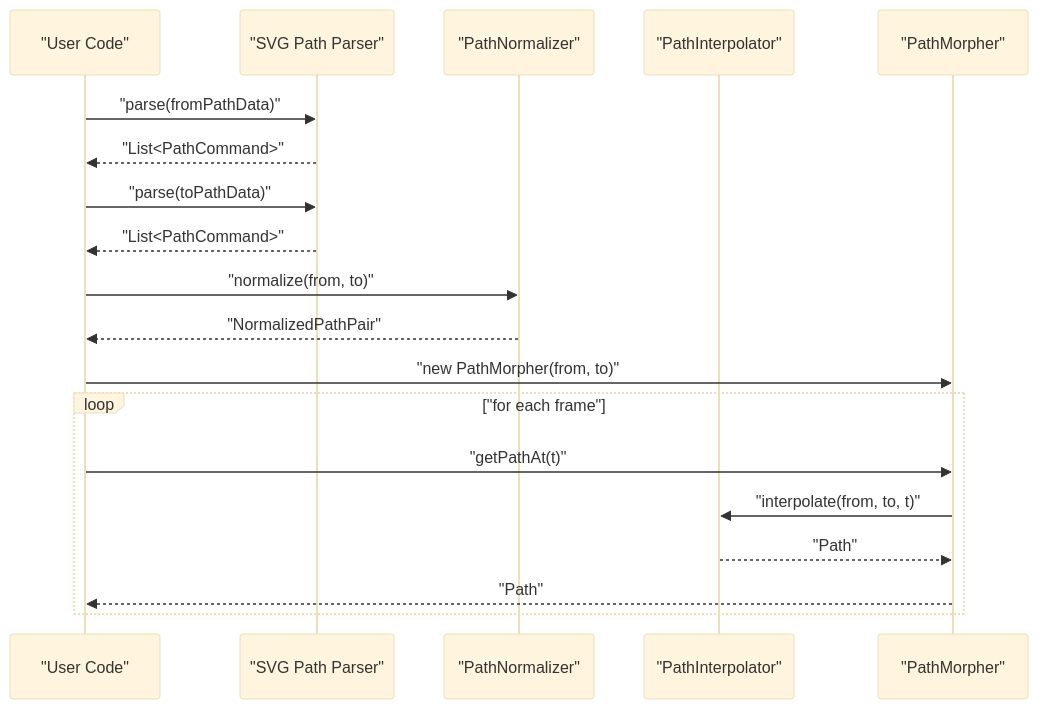
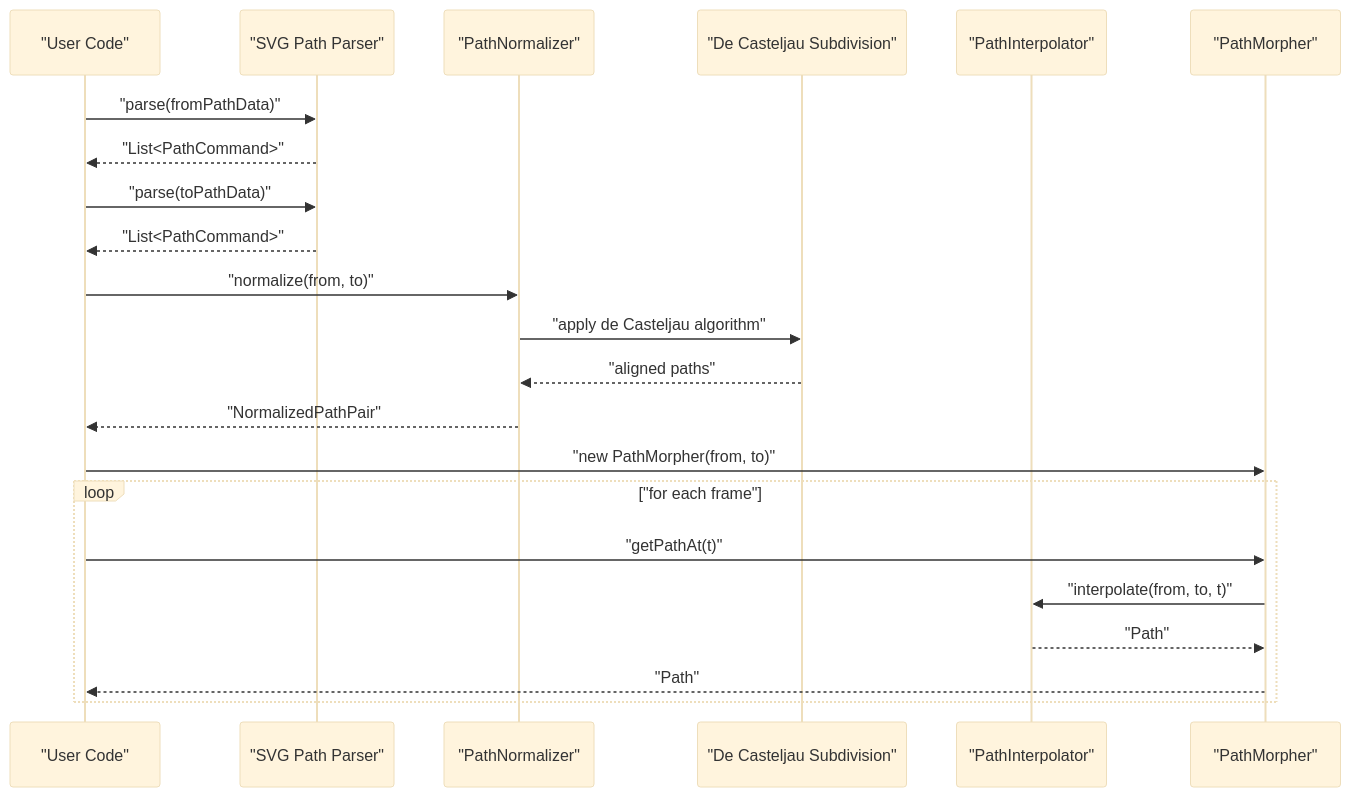
Before and after one commit to denisnadey/flutter_full_svg_support: the second of 8 diagrams in .qoder/repowiki/en/content/Animated SVG Support/Advanced Animation Features/Path Morphing and Shape Interpolation.md, drawn with Mermaid (base theme). The commit also changed other lines of this file and 101 other files, not shown here.

First line of the commit message:
feat(path-morphing): implement de Casteljau subdivision for path normalization

````diff
--- a/.qoder/repowiki/en/content/Animated SVG Support/Advanced Animation Features/Path Morphing and Shape Interpolation.md
+++ b/.qoder/repowiki/en/content/Animated SVG Support/Advanced Animation Features/Path Morphing and Shape Interpolation.md
@@ -137,21 +146,24 @@
 ```mermaid
 sequenceDiagram
 participant User as "User Code"
 participant Parser as "SVG Path Parser"
 participant Normalizer as "PathNormalizer"
+participant Subdivision as "De Casteljau Subdivision"
 participant Interp as "PathInterpolator"
 participant Morph as "PathMorpher"
 User->>Parser : "parse(fromPathData)"
 Parser-->>User : "List<PathCommand>"
 User->>Parser : "parse(toPathData)"
 Parser-->>User : "List<PathCommand>"
 User->>Normalizer : "normalize(from, to)"
+Normalizer->>Subdivision : "apply de Casteljau algorithm"
+Subdivision-->>Normalizer : "aligned paths"
 Normalizer-->>User : "NormalizedPathPair"
 User->>Morph : "new PathMorpher(from, to)"
 loop "for each frame"
 User->>Morph : "getPathAt(t)"
 Morph->>Interp : "interpolate(from, to, t)"
 Interp-->>Morph : "Path"
 Morph-->>User : "Path"
 end
 ```
````
